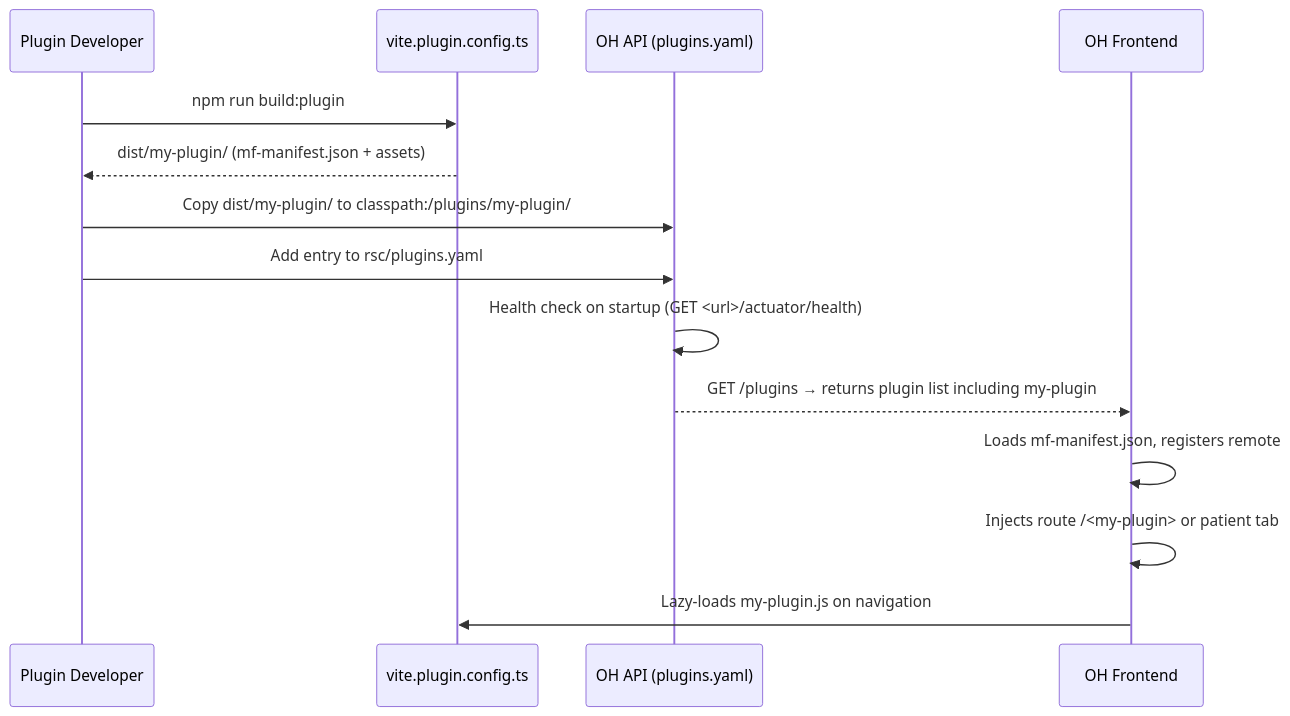
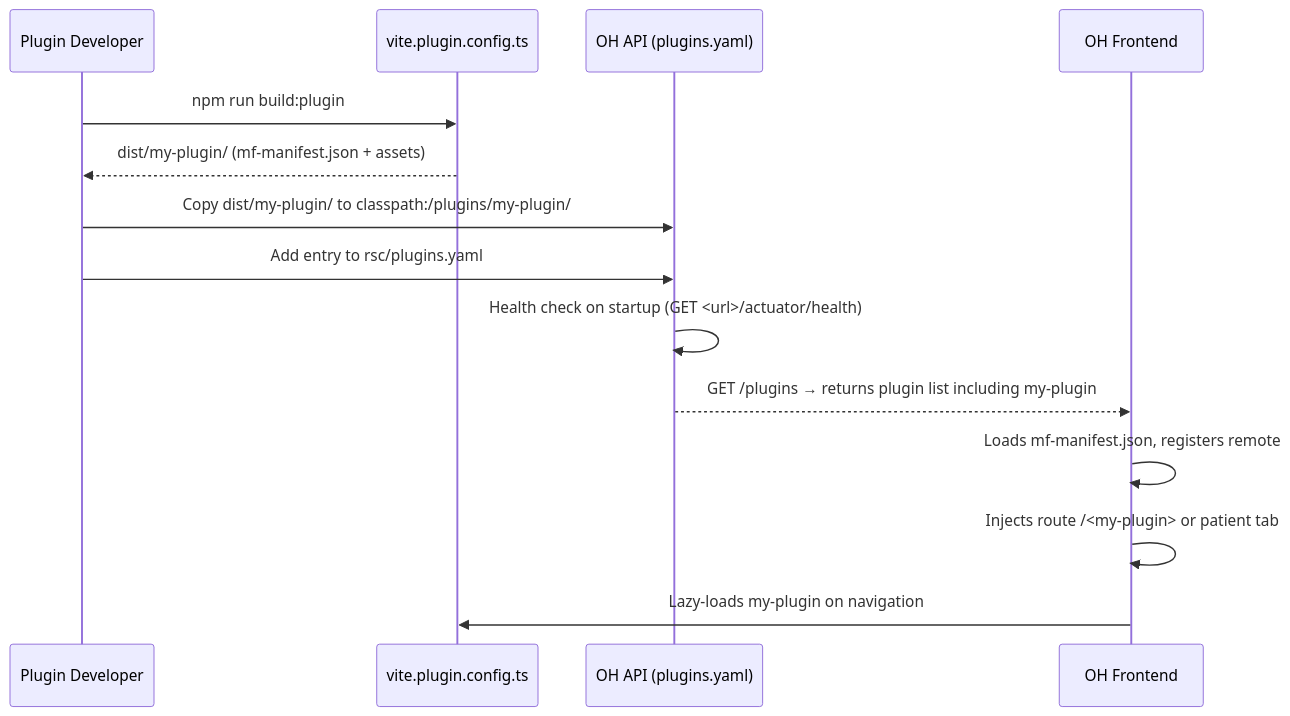
The first of 3 diagrams in docs/plugins.md (informatici/openhospital-ui), drawn with Mermaid before and after one commit. The commit also changed other lines of this file, not shown here.

Commit message:
doc(SD-43): Update plugin system doc

````diff
--- a/docs/plugins.md
+++ b/docs/plugins.md
@@ -225,17 +184,17 @@
 ```mermaid
 sequenceDiagram
     participant Dev as Plugin Developer
     participant Build as vite.plugin.config.ts
     participant API as OH API (plugins.yaml)
     participant Host as OH Frontend
 
     Dev->>Build: npm run build:plugin
     Build-->>Dev: dist/my-plugin/ (mf-manifest.json + assets)
     Dev->>API: Copy dist/my-plugin/ to classpath:/plugins/my-plugin/
     Dev->>API: Add entry to rsc/plugins.yaml
     API->>API: Health check on startup (GET <url>/actuator/health)
     API-->>Host: GET /plugins → returns plugin list including my-plugin
     Host->>Host: Loads mf-manifest.json, registers remote
     Host->>Host: Injects route /<my-plugin> or patient tab
-    Host->>Build: Lazy-loads my-plugin.js on navigation
+    Host->>Build: Lazy-loads my-plugin on navigation
 ```
````
